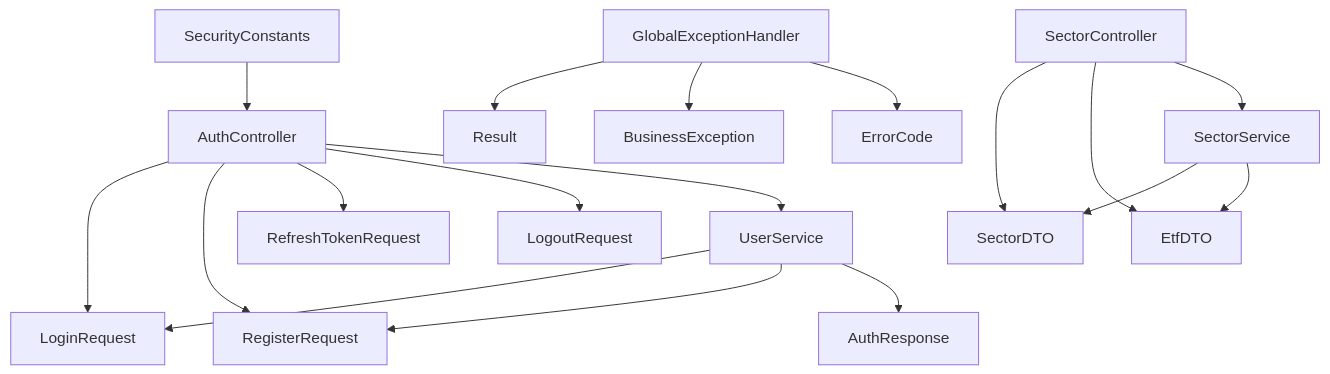
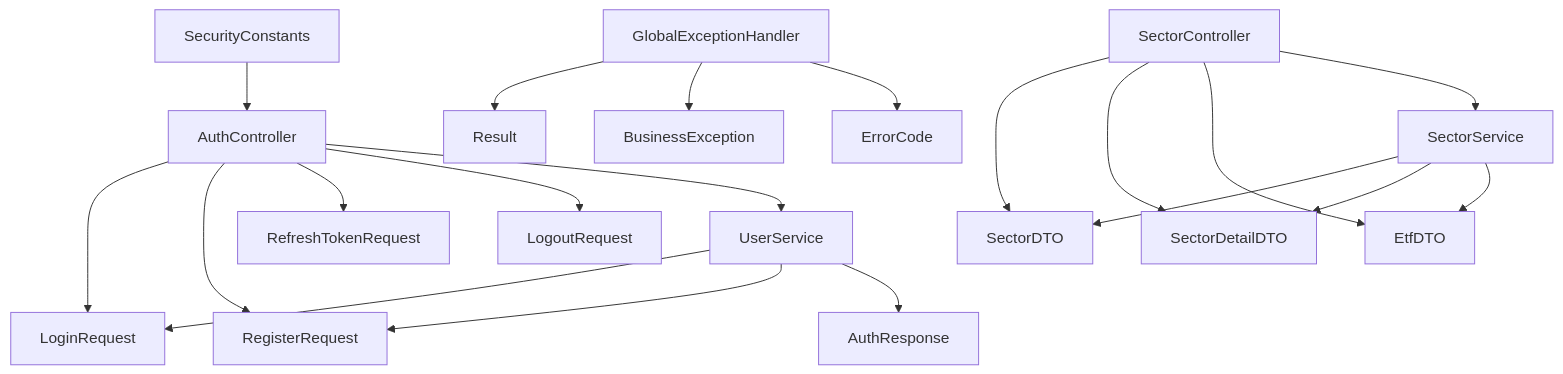
The sixth of 6 diagrams in .qoder/repowiki/zh/content/后端系统/数据传输对象与验证.md (PersonNoName/FreeTrader), drawn with Mermaid before and after one commit. The commit also changed other lines of this file and 10 other files, not shown here.

````diff
--- a/.qoder/repowiki/zh/content/后端系统/数据传输对象与验证.md
+++ b/.qoder/repowiki/zh/content/后端系统/数据传输对象与验证.md
@@ -321,20 +348,22 @@
 ```mermaid
 graph TB
 AC["AuthController"] --> LR["LoginRequest"]
 AC --> RR["RegisterRequest"]
 AC --> RFR["RefreshTokenRequest"]
 AC --> RO["LogoutRequest"]
 AC --> US["UserService"]
 SC["SectorController"] --> SR["SectorDTO"]
+SC --> SDR["SectorDetailDTO"]
 SC --> ER["EtfDTO"]
 SC --> SS["SectorService"]
 US --> LR
 US --> RR
 US --> AR["AuthResponse"]
 SS --> SR
+SS --> SDR
 SS --> ER
 GEH["GlobalExceptionHandler"] --> RES["Result"]
 GEH --> BE["BusinessException"]
 GEH --> EC["ErrorCode"]
 SEC["SecurityConstants"] --> AC
 ```
````
